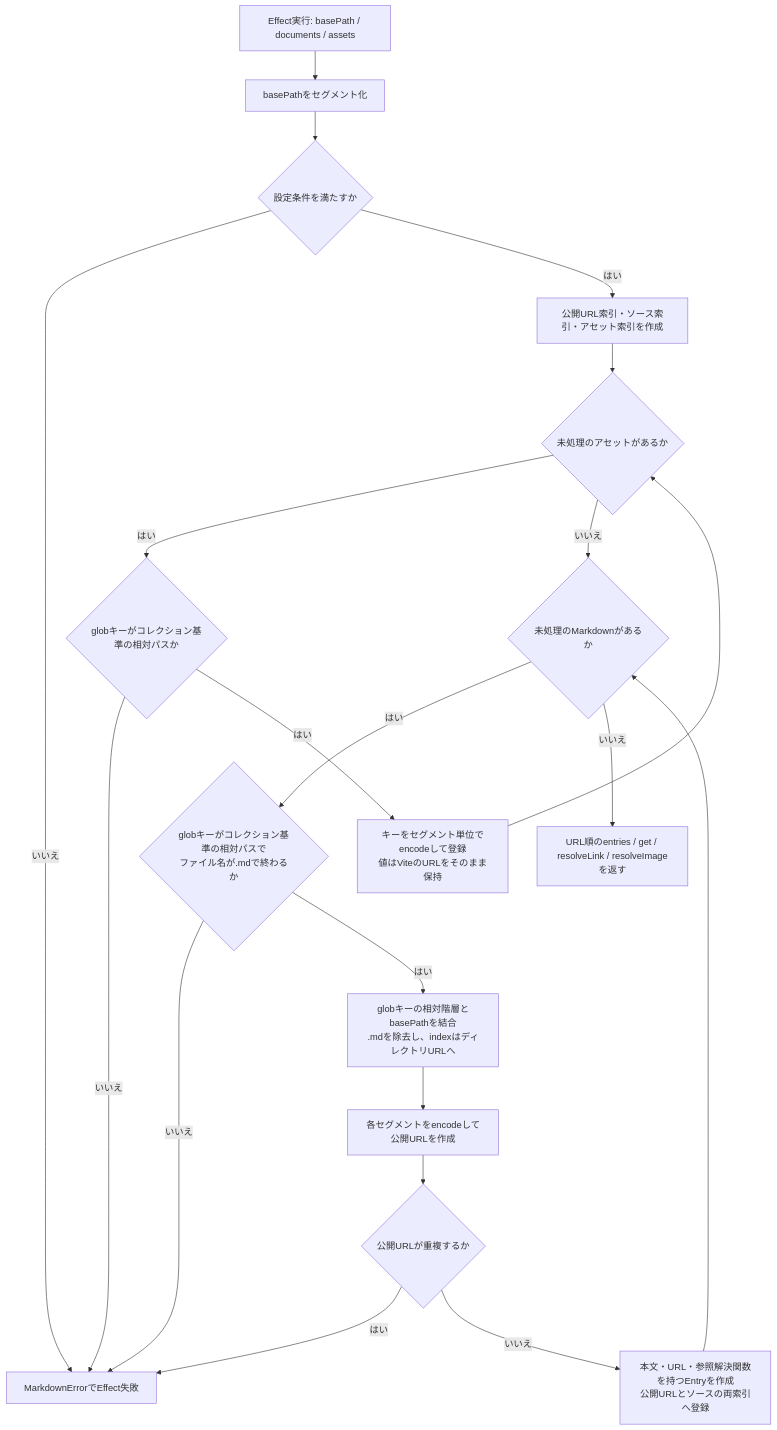
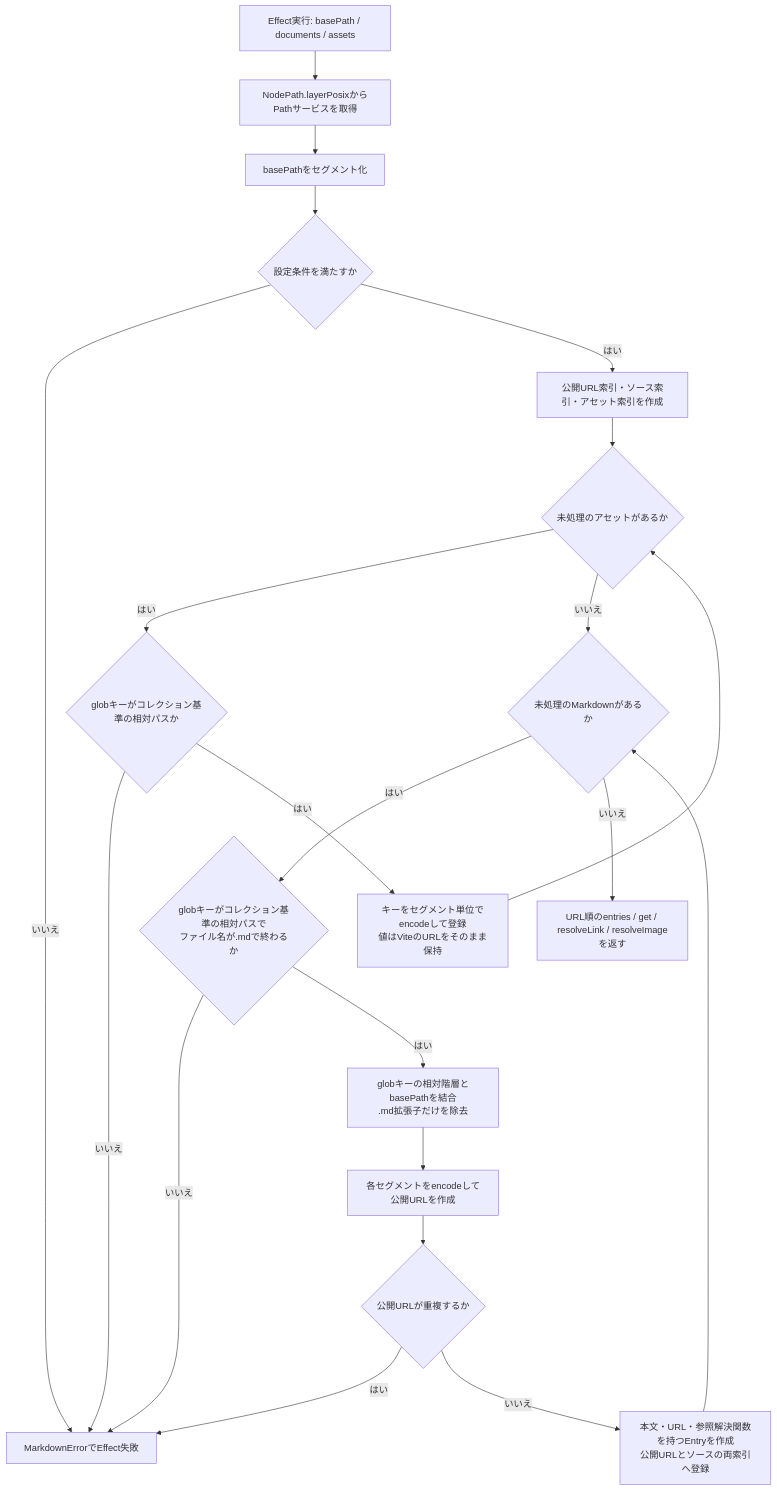
One commit to totto2727-org/effective-rsc changed the first of 3 diagrams in docs/MARKDOWN.md. Above: the diagram before and after it, drawn with Mermaid. The commit also changed other lines of this file and 24 other files, not shown here.

Commit message:
refactor(markdown): simplify page paths and use Effect NodePath

````diff
--- a/docs/MARKDOWN.md
+++ b/docs/MARKDOWN.md
@@ -39,22 +42,23 @@
 ```mermaid
 flowchart TD
-    A["Effect実行: basePath / documents / assets"] --> B["basePathをセグメント化"]
+    A["Effect実行: basePath / documents / assets"] --> P["NodePath.layerPosixからPathサービスを取得"]
+    P --> B["basePathをセグメント化"]
     B --> C{"設定条件を満たすか"}
     C -->|いいえ| E["MarkdownErrorでEffect失敗"]
     C -->|はい| D["公開URL索引・ソース索引・アセット索引を作成"]
     D --> F{"未処理のアセットがあるか"}
     F -->|はい| G{"globキーがコレクション基準の相対パスか"}
     G -->|いいえ| E
     G -->|はい| H["キーをセグメント単位でencodeして登録<br/>値はViteのURLをそのまま保持"]
     H --> F
     F -->|いいえ| I{"未処理のMarkdownがあるか"}
     I -->|はい| J{"globキーがコレクション基準の相対パスで<br/>ファイル名が.mdで終わるか"}
     J -->|いいえ| E
-    J -->|はい| K["globキーの相対階層とbasePathを結合<br/>.mdを除去し、indexはディレクトリURLへ"]
+    J -->|はい| K["globキーの相対階層とbasePathを結合<br/>.md拡張子だけを除去"]
     K --> L["各セグメントをencodeして公開URLを作成"]
     L --> M{"公開URLが重複するか"}
     M -->|はい| E
     M -->|いいえ| N["本文・URL・参照解決関数を持つEntryを作成<br/>公開URLとソースの両索引へ登録"]
     N --> I
     I -->|いいえ| O["URL順のentries / get / resolveLink / resolveImageを返す"]
 ```
````
